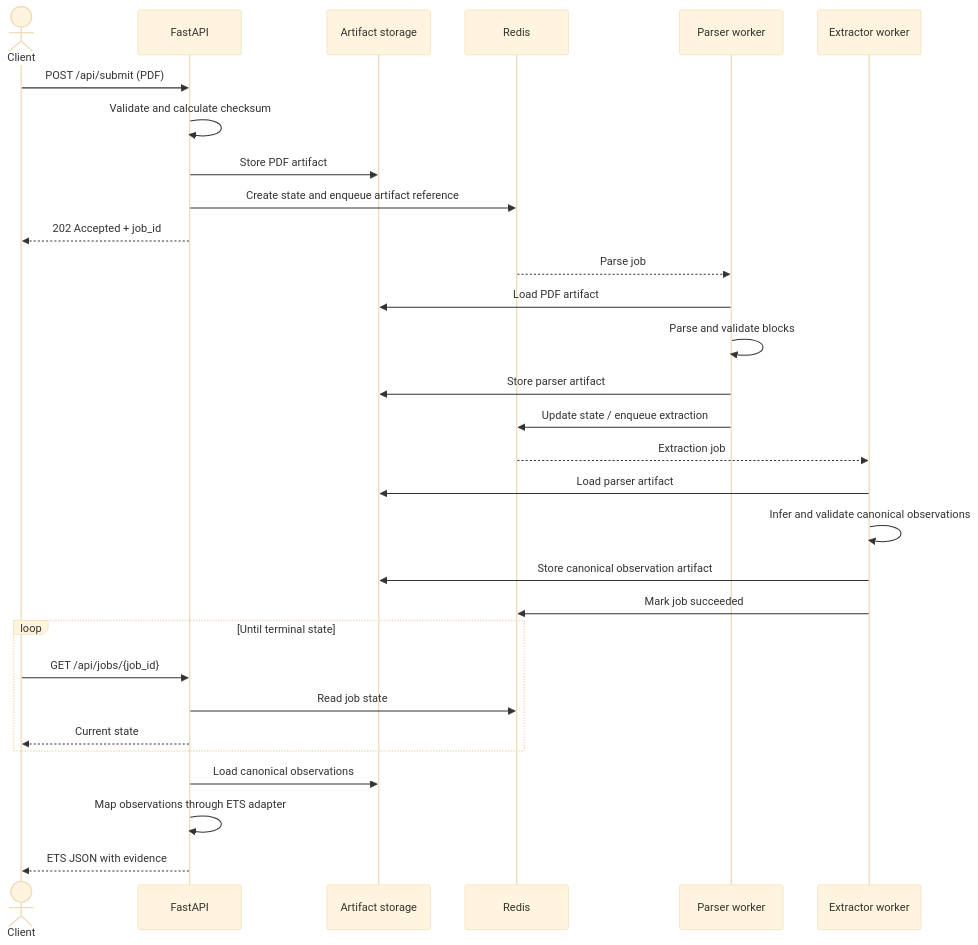
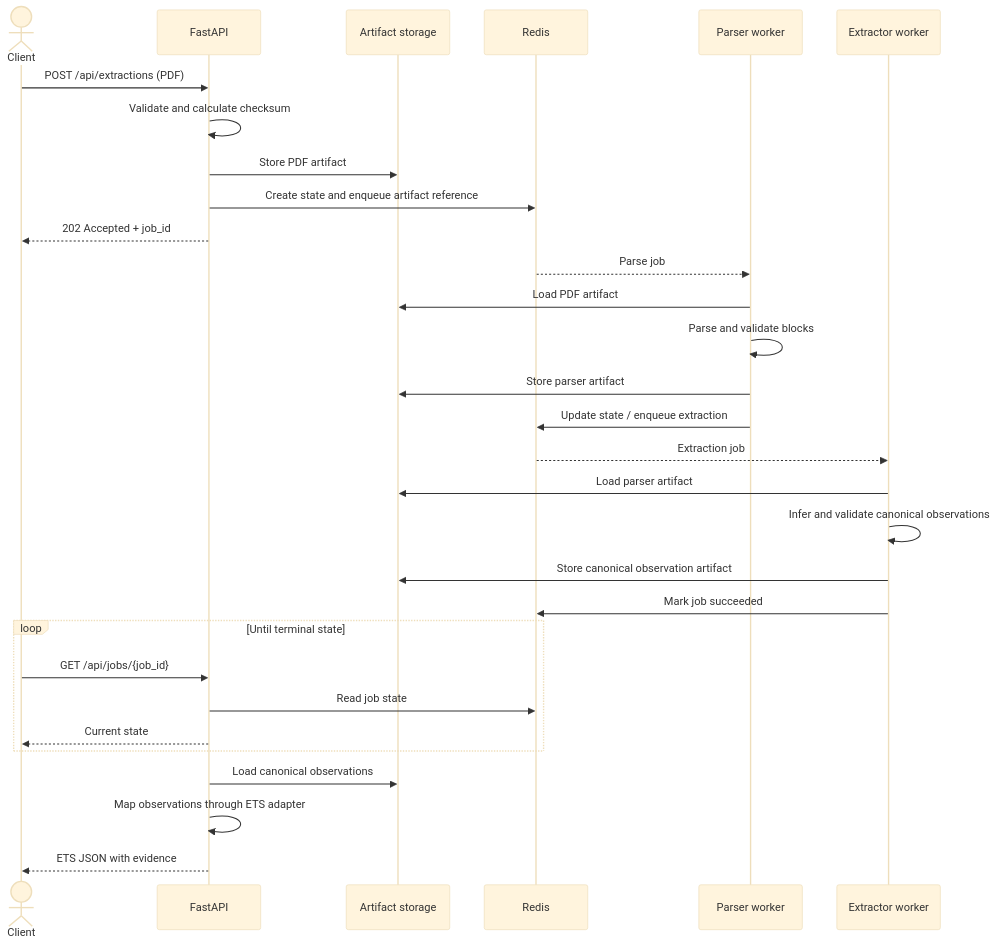
One commit to BioParser/BioParser changed the second of 4 diagrams in docs/architecture.md. Above: the diagram before and after it, drawn with Mermaid (base theme). The commit also changed other lines of this file and 3 other files, not shown here.

````diff
--- a/docs/architecture.md
+++ b/docs/architecture.md
@@ -83,37 +83,37 @@
 ```mermaid
 sequenceDiagram
     actor Client
     participant API as FastAPI
     participant Store as Artifact storage
     participant Redis
     participant Parser as Parser worker
     participant Extractor as Extractor worker
 
-    Client->>API: POST /api/submit (PDF)
+    Client->>API: POST /api/extractions (PDF)
     API->>API: Validate and calculate checksum
     API->>Store: Store PDF artifact
     API->>Redis: Create state and enqueue artifact reference
     API-->>Client: 202 Accepted + job_id
 
     Redis-->>Parser: Parse job
     Parser->>Store: Load PDF artifact
     Parser->>Parser: Parse and validate blocks
     Parser->>Store: Store parser artifact
     Parser->>Redis: Update state / enqueue extraction
 
     Redis-->>Extractor: Extraction job
     Extractor->>Store: Load parser artifact
     Extractor->>Extractor: Infer and validate canonical observations
     Extractor->>Store: Store canonical observation artifact
     Extractor->>Redis: Mark job succeeded
 
     loop Until terminal state
         Client->>API: GET /api/jobs/{job_id}
         API->>Redis: Read job state
         API-->>Client: Current state
     end
 
     API->>Store: Load canonical observations
     API->>API: Map observations through ETS adapter
     API-->>Client: ETS JSON with evidence
 ```
````
